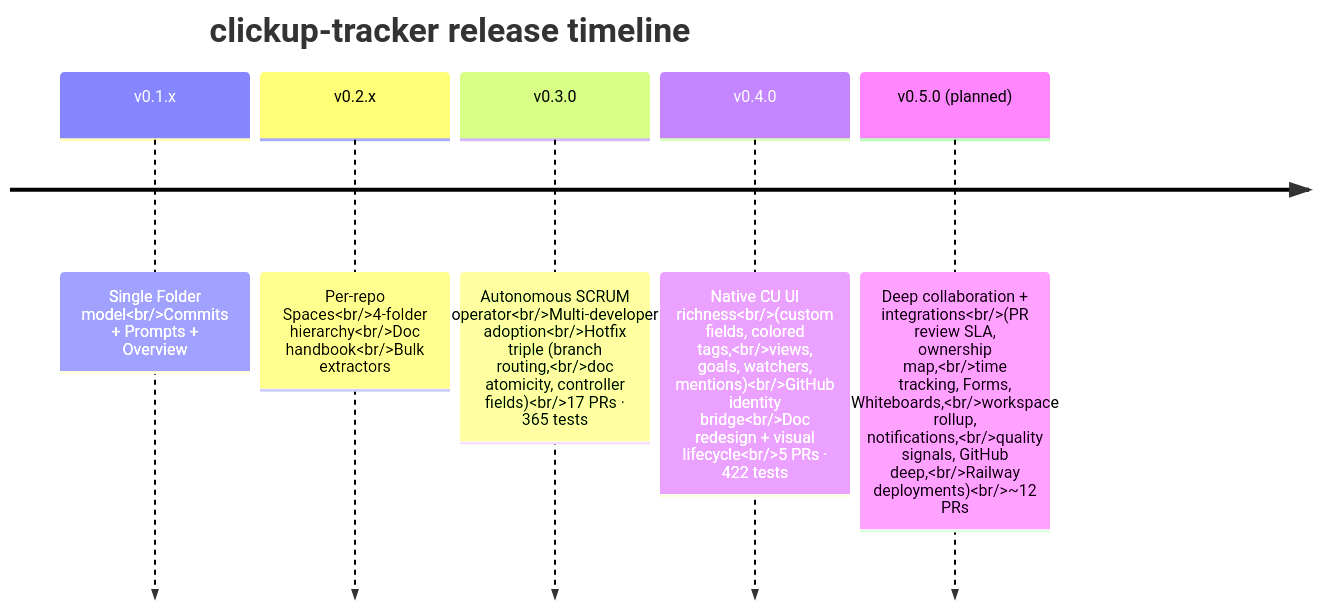
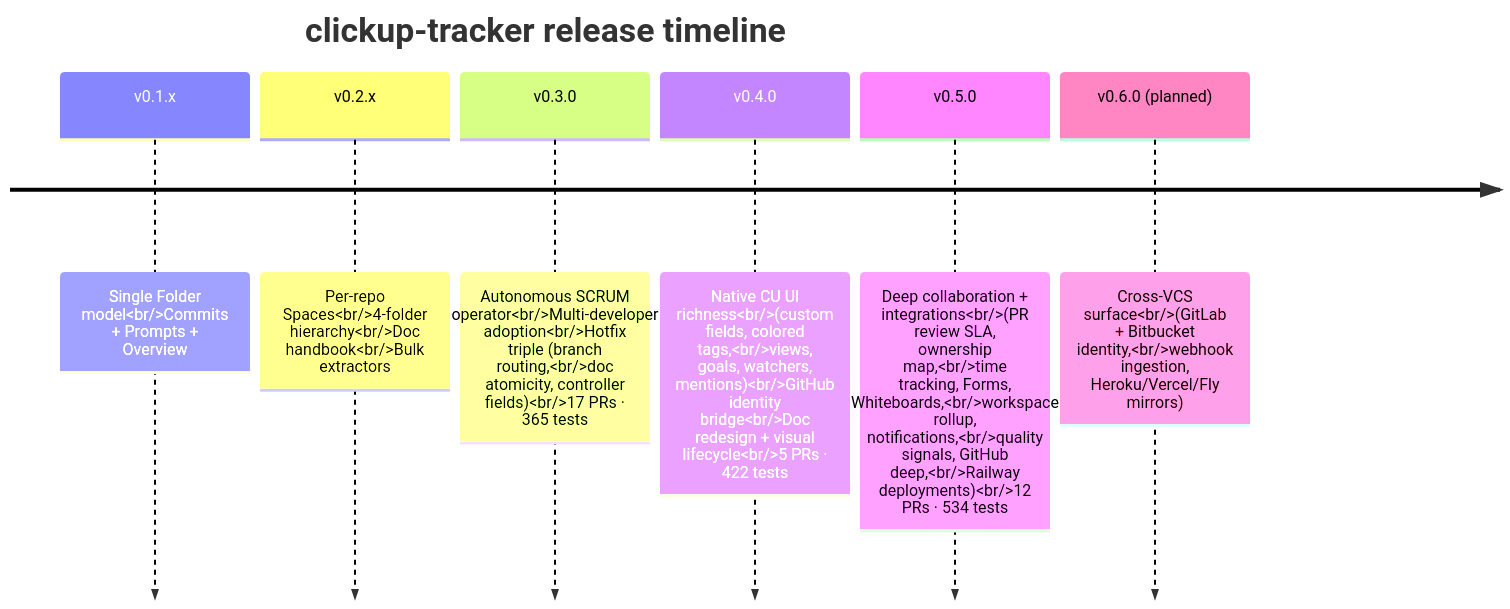
One commit to Achitokun14/clickup-tracker-standalone changed the first of 7 diagrams in docs/roadmap.md. Above: the diagram before and after it, drawn with Mermaid. The commit also changed other lines of this file and 17 other files, not shown here.

First line of the commit message:
feat(railway): deployment lifecycle, summaries, webhook, Doc page, slash command — release v0.5.0 (#69)

````diff
--- a/docs/roadmap.md
+++ b/docs/roadmap.md
@@ -9,9 +9,10 @@
 ```mermaid
 timeline
   title clickup-tracker release timeline
   v0.1.x : Single Folder model<br/>Commits + Prompts + Overview
   v0.2.x : Per-repo Spaces<br/>4-folder hierarchy<br/>Doc handbook<br/>Bulk extractors
   v0.3.0 : Autonomous SCRUM operator<br/>Multi-developer adoption<br/>Hotfix triple (branch routing,<br/>doc atomicity, controller fields)<br/>17 PRs · 365 tests
   v0.4.0 : Native CU UI richness<br/>(custom fields, colored tags,<br/>views, goals, watchers, mentions)<br/>GitHub identity bridge<br/>Doc redesign + visual lifecycle<br/>5 PRs · 422 tests
-  v0.5.0 (planned) : Deep collaboration + integrations<br/>(PR review SLA, ownership map,<br/>time tracking, Forms, Whiteboards,<br/>workspace rollup, notifications,<br/>quality signals, GitHub deep,<br/>Railway deployments)<br/>~12 PRs
+  v0.5.0 : Deep collaboration + integrations<br/>(PR review SLA, ownership map,<br/>time tracking, Forms, Whiteboards,<br/>workspace rollup, notifications,<br/>quality signals, GitHub deep,<br/>Railway deployments)<br/>12 PRs · 534 tests
+  v0.6.0 (planned) : Cross-VCS surface<br/>(GitLab + Bitbucket identity,<br/>webhook ingestion, Heroku/Vercel/Fly mirrors)
 ```
````
